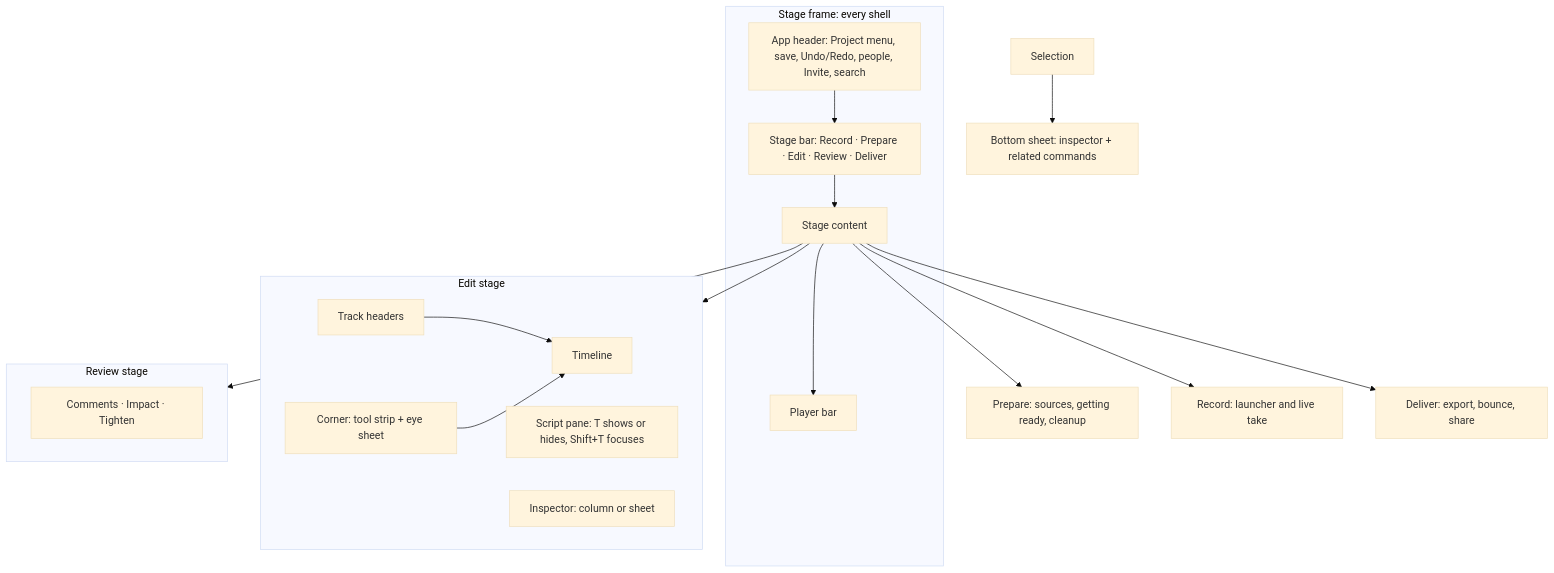
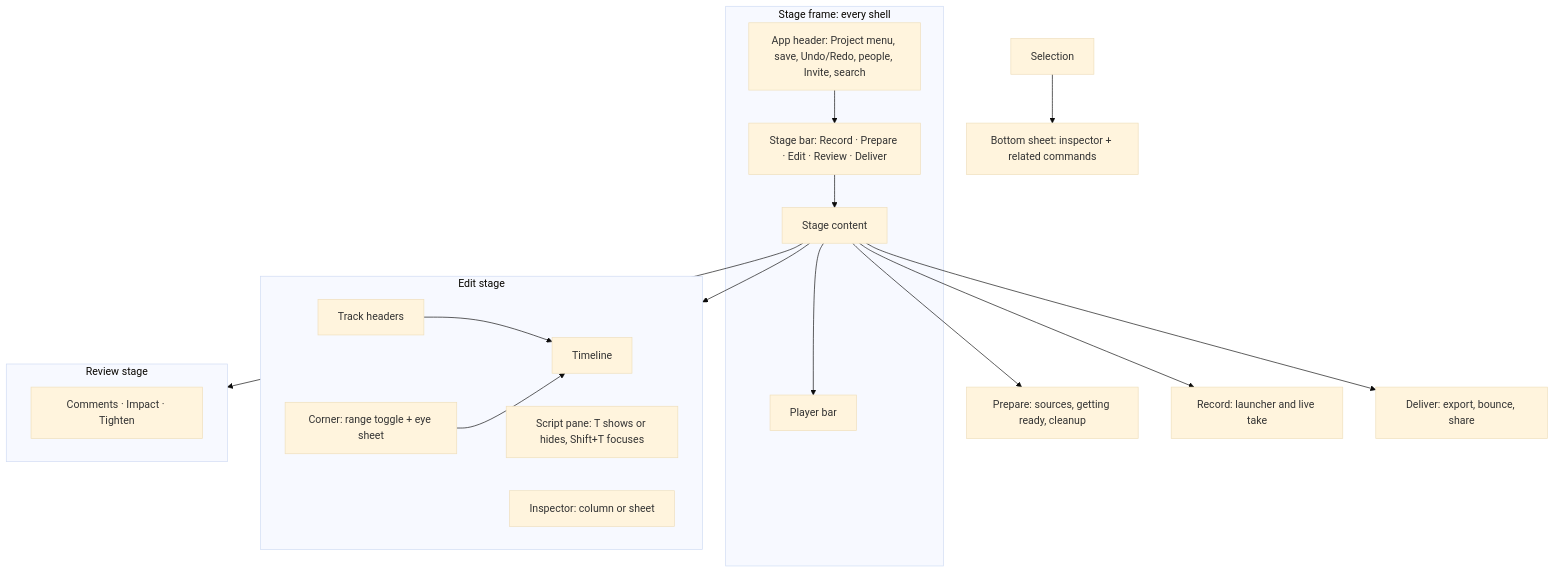
Before and after one commit to calebn/sharecut-studio: the first of 3 diagrams in ux/pages/screen-inventory.md, drawn with Mermaid (base theme). The commit also changed other lines of this file and 22 other files, not shown here.

First line of the commit message:
docs: Alt-click Split, corner range toggle, tools removed (#2294)

````diff
--- a/ux/pages/screen-inventory.md
+++ b/ux/pages/screen-inventory.md
@@ -40,28 +40,28 @@
 ```mermaid
 flowchart TB
   subgraph frame [Stage frame: every shell]
     HD[App header: Project menu, save, Undo/Redo, people, Invite, search]
     SB[Stage bar: Record · Prepare · Edit · Review · Deliver]
     ST[Stage content]
     PL[Player bar]
     HD --> SB --> ST --> PL
   end
 
   subgraph edit [Edit stage]
     TH[Track headers] --> TIM[Timeline]
-    CORNER[Corner: tool strip + eye sheet] --> TIM
+    CORNER[Corner: range toggle + eye sheet] --> TIM
     SC[Script pane: T shows or hides, Shift+T focuses]
     INS[Inspector: column or sheet]
   end
 
   subgraph review [Review stage]
     RV[Comments · Impact · Tighten]
   end
 
   ST --> edit
   ST --> review
   ST --> PREP[Prepare: sources, getting ready, cleanup]
   ST --> REC[Record: launcher and live take]
   ST --> DEL[Deliver: export, bounce, share]
   SEL[Selection] --> BS[Bottom sheet: inspector + related commands]
 ```
````
